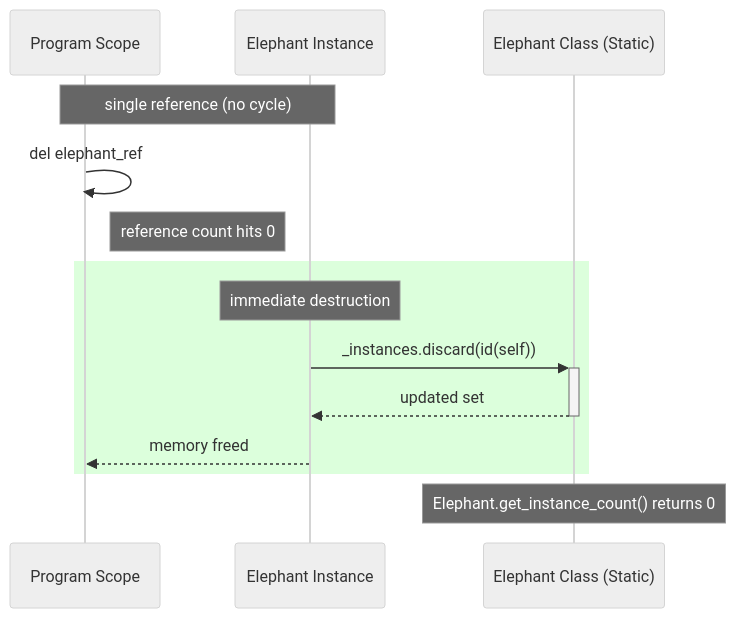
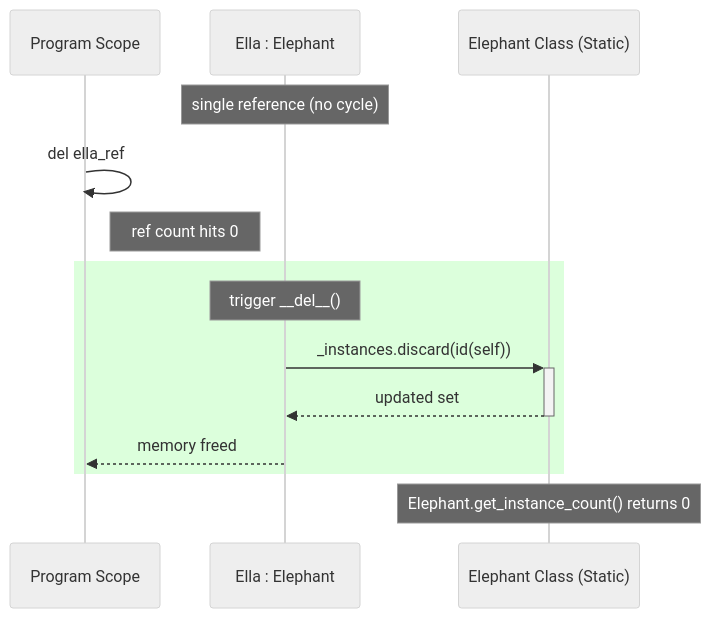
Before and after one commit to sebastianbichler/IU_2026_EF_LE_BER_VC_Python: the first of 4 diagrams in src/student_projects/g07/docs/concept/diagrams/SequenceDiagrams.md, drawn with Mermaid (neutral theme). The commit also changed other lines of this file and 3 other files, not shown here.

Commit message:
updated diagrams

````diff
--- a/src/student_projects/g07/docs/concept/diagrams/SequenceDiagrams.md
+++ b/src/student_projects/g07/docs/concept/diagrams/SequenceDiagrams.md
@@ -2,23 +5,22 @@
 ```mermaid
-%% simple reference counting
 sequenceDiagram
     participant P as Program Scope
-    participant E as Elephant Instance
+    participant E as Ella : Elephant
     participant CL as Elephant Class (Static)
     
-    Note over P, E: single reference (no cycle)
+    Note over E: single reference (no cycle)
     
-    P ->> P: del elephant_ref
+    P ->> P: del ella_ref
     
-    Note right of P: reference count hits 0
+    Note right of P: ref count hits 0
     
     rect rgb(220, 255, 220)
-        Note over E: immediate destruction
+        Note over E: trigger __del__()
         
         E ->>+   CL : _instances.discard(id(self))
         CL -->>- E  : updated set
         E -->>   P  : memory freed
     end
     
     Note over CL: Elephant.get_instance_count() returns 0
 ```
````
